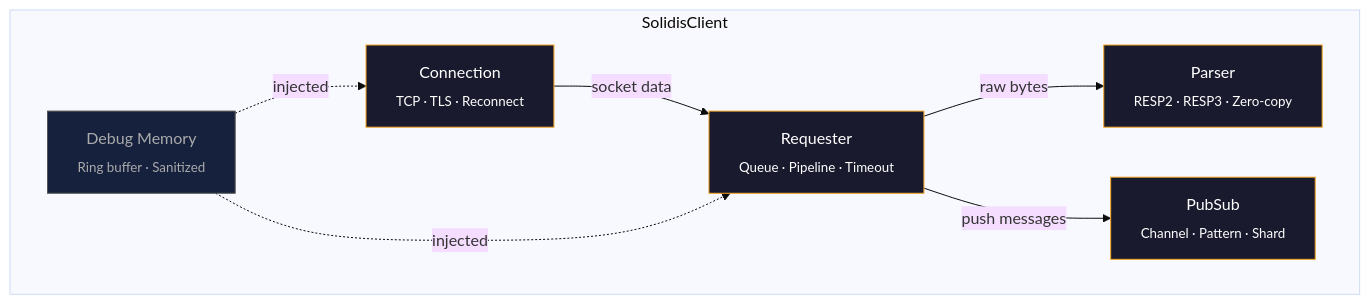
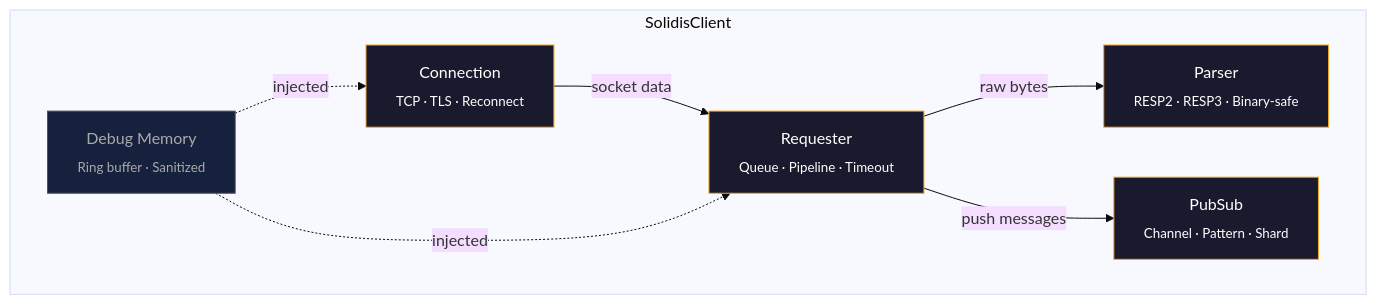
The first of 2 diagrams in README.ko.md (vcms-io/solidis), drawn with Mermaid (base theme) before and after one commit. The commit also changed other lines of this file and 6 other files, not shown here.

First line of the commit message:
refactor: reduce GC pressure from zero-copy buffer slices under high concurrency (#45)

````diff
--- a/README.ko.md
+++ b/README.ko.md
@@ -382,23 +382,23 @@
 ```mermaid
 graph TD
   subgraph SolidisClient
     direction LR
     Conn[Connection<br/><sub>TCP · TLS · Reconnect</sub>]
     Req[Requester<br/><sub>Queue · Pipeline · Timeout</sub>]
-    Parse[Parser<br/><sub>RESP2 · RESP3 · Zero-copy</sub>]
+    Parse[Parser<br/><sub>RESP2 · RESP3 · Binary-safe</sub>]
     PS[PubSub<br/><sub>Channel · Pattern · Shard</sub>]
     DM[Debug Memory<br/><sub>Ring buffer · Sanitized</sub>]
   end
 
   Conn -->|socket data| Req
   Req -->|raw bytes| Parse
   Req -->|push messages| PS
   DM -.->|injected| Conn
   DM -.->|injected| Req
 
   style Conn fill:#1a1a2e,stroke:#f5a623,color:#fff
   style Req fill:#1a1a2e,stroke:#f5a623,color:#fff
   style Parse fill:#1a1a2e,stroke:#f5a623,color:#fff
   style PS fill:#1a1a2e,stroke:#f5a623,color:#fff
   style DM fill:#16213e,stroke:#555,color:#aaa
 ```
````
